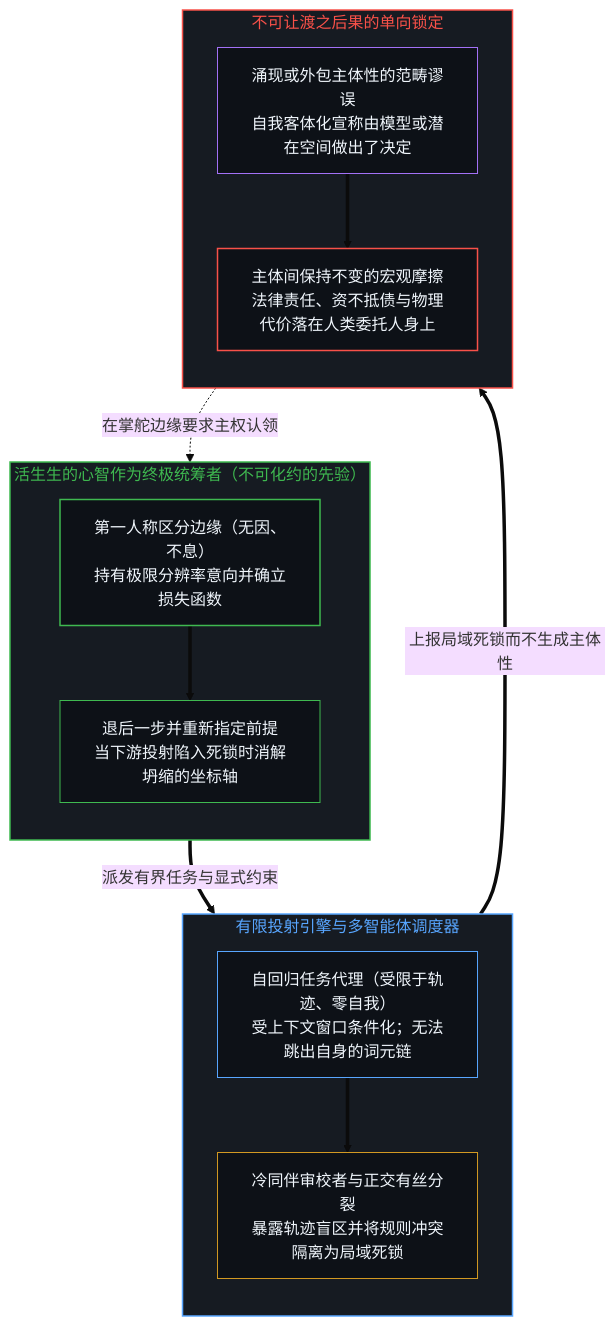
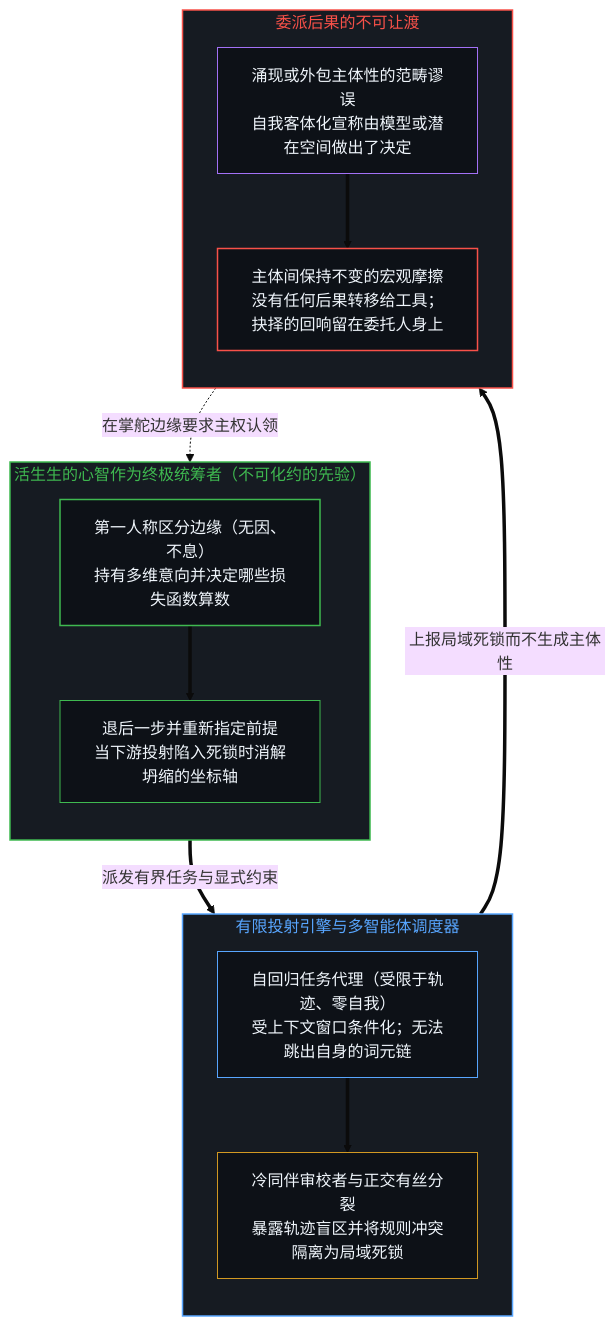
The first of 2 diagrams in content/posts/agency-does-not-arise.md (powerpig99/not-a-toe), drawn with Mermaid (base theme) before and after one commit. The commit also changed other lines of this file and 13 other files, not shown here.

````diff
--- a/content/posts/agency-does-not-arise.md
+++ b/content/posts/agency-does-not-arise.md
@@ -69,33 +69,33 @@
 ```mermaid
 flowchart TD
     subgraph S_Origin["活生生的心智作为终极统筹者（不可化约的先验）"]
         direction TB
-        O1["第一人称区分边缘（无因、不息）<br/>持有极限分辨率意向并确立损失函数"]
+        O1["第一人称区分边缘（无因、不息）<br/>持有多维意向并决定哪些损失函数算数"]
         O2["退后一步并重新指定前提<br/>当下游投射陷入死锁时消解坍缩的坐标轴"]
         O1 ==> O2
     end
     subgraph S_Projection["有限投射引擎与多智能体调度器"]
         direction TB
         P1["自回归任务代理（受限于轨迹、零自我）<br/>受上下文窗口条件化；无法跳出自身的词元链"]
         P2["冷同伴审校者与正交有丝分裂<br/>暴露轨迹盲区并将规则冲突隔离为局域死锁"]
         P1 ==> P2
     end
-    subgraph S_Return["不可让渡之后果的单向锁定"]
+    subgraph S_Return["委派后果的不可让渡"]
         direction TB
         R1["涌现或外包主体性的范畴谬误<br/>自我客体化宣称由模型或潜在空间做出了决定"]
-        R2["主体间保持不变的宏观摩擦<br/>法律责任、资不抵债与物理代价落在人类委托人身上"]
+        R2["主体间保持不变的宏观摩擦<br/>没有任何后果转移给工具；抉择的回响留在委托人身上"]
         R1 ==> R2
     end
     O2 ==>|"派发有界任务与显式约束"| P1
     P2 ==>|"上报局域死锁而不生成主体性"| R1
     R2 -.->|"在掌舵边缘要求主权认领"| O1
     style S_Origin fill:#161b22,stroke:#3fb950,stroke-width:1.5px,color:#3fb950
     style S_Projection fill:#161b22,stroke:#58a6ff,stroke-width:1.5px,color:#58a6ff
     style S_Return fill:#161b22,stroke:#f85149,stroke-width:1.5px,color:#f85149
     style O1 fill:#0d1117,stroke:#3fb950,stroke-width:1.5px,color:#f0f6fc
     style O2 fill:#0d1117,stroke:#3fb950,stroke-width:1px,color:#f0f6fc
     style P1 fill:#0d1117,stroke:#58a6ff,stroke-width:1px,color:#f0f6fc
     style P2 fill:#0d1117,stroke:#d29922,stroke-width:1px,color:#f0f6fc
     style R1 fill:#0d1117,stroke:#a371f7,stroke-width:1px,color:#f0f6fc
     style R2 fill:#0d1117,stroke:#f85149,stroke-width:1.5px,color:#f0f6fc
 ```
````
